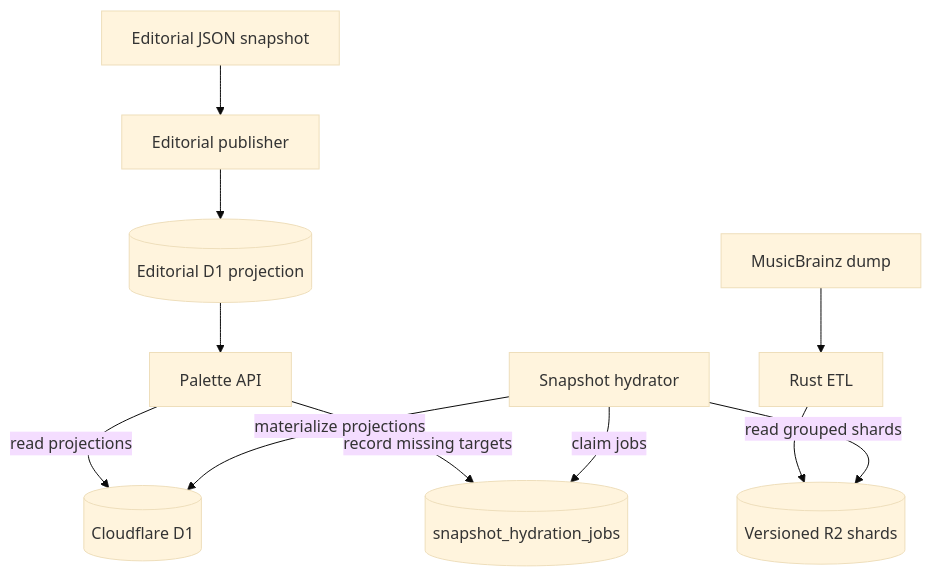
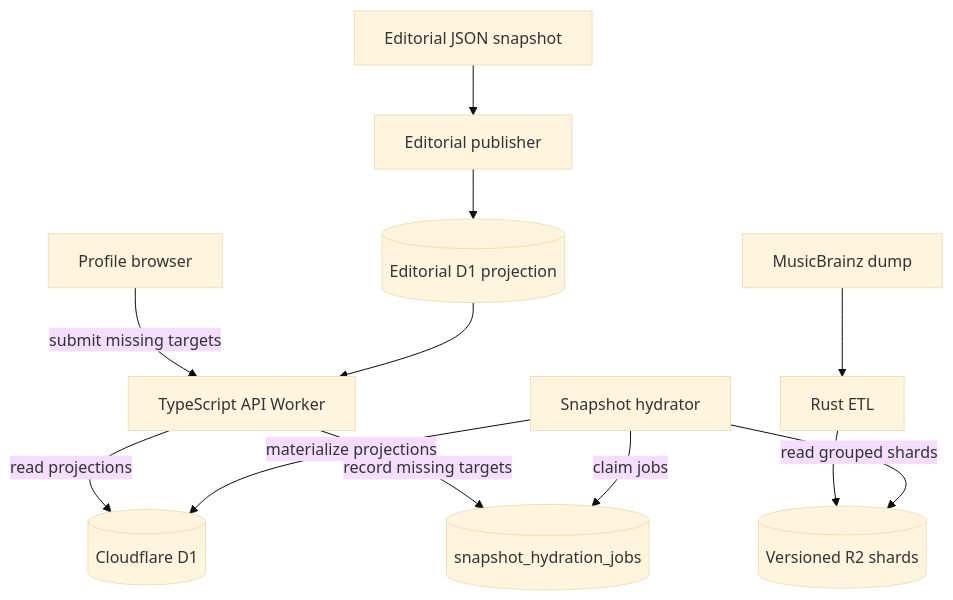
The diagram in docs/catalog-architecture.md (rosa-gus/timbre-palette), drawn with Mermaid (base theme) before and after one commit. The commit also changed other lines of this file and 52 other files, not shown here.

Commit message:
feat(0.3.3): API v3 and browser profile assembly (#9)

````diff
--- a/docs/catalog-architecture.md
+++ b/docs/catalog-architecture.md
@@ -5,13 +5,14 @@
 ```mermaid
 flowchart TD
     E[Editorial JSON snapshot] --> EP[Editorial publisher]
     EP --> ED[(Editorial D1 projection)]
     MB[MusicBrainz dump] --> ETL[Rust ETL]
     ETL --> R2[(Versioned R2 shards)]
-    API[Palette API] -->|read projections| D1[(Cloudflare D1)]
+    API[TypeScript API Worker] -->|read projections| D1[(Cloudflare D1)]
+    Browser[Profile browser] -->|submit missing targets| API
     API -->|record missing targets| J[(snapshot_hydration_jobs)]
     H[Snapshot hydrator] -->|claim jobs| J
     H -->|read grouped shards| R2
     H -->|materialize projections| D1
     ED --> API
 ```
````
